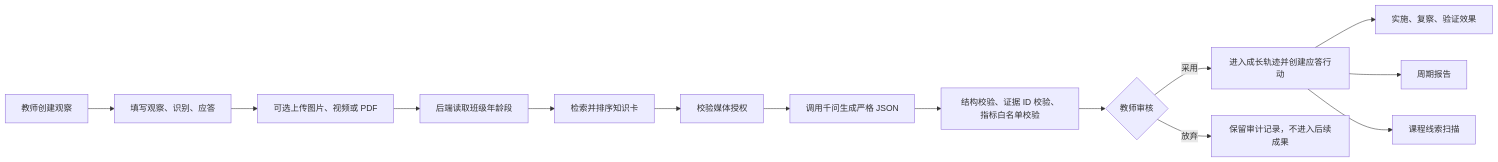
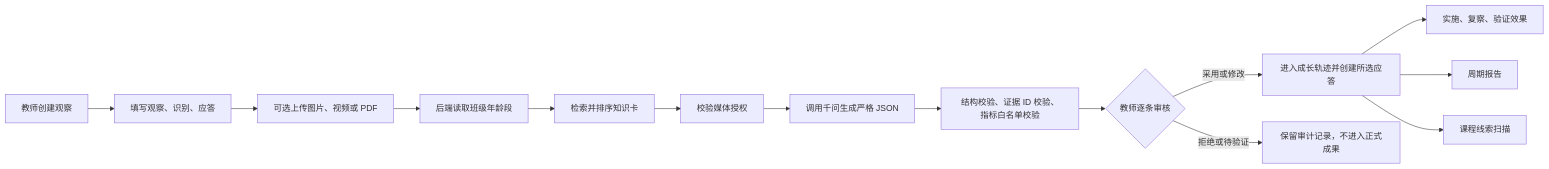
One commit to eatonlove/early-child-growth changed the diagram in docs/ai-input-output-interface-and-requirements-assessment.md. Above: the diagram before and after it, drawn with Mermaid. The commit also changed other lines of this file and 22 other files, not shown here.

````diff
--- a/docs/ai-input-output-interface-and-requirements-assessment.md
+++ b/docs/ai-input-output-interface-and-requirements-assessment.md
@@ -29,16 +28,16 @@
 ```mermaid
 flowchart LR
     A[教师创建观察] --> B[填写观察、识别、应答]
     B --> C[可选上传图片、视频或 PDF]
     C --> D[后端读取班级年龄段]
     D --> E[检索并排序知识卡]
     E --> F[校验媒体授权]
     F --> G[调用千问生成严格 JSON]
     G --> H[结构校验、证据 ID 校验、指标白名单校验]
-    H --> I{教师审核}
-    I -->|采用| J[进入成长轨迹并创建应答行动]
-    I -->|放弃| K[保留审计记录，不进入后续成果]
+    H --> I{教师逐条审核}
+    I -->|采用或修改| J[进入成长轨迹并创建所选应答]
+    I -->|拒绝或待验证| K[保留审计记录，不进入正式成果]
     J --> L[实施、复察、验证效果]
     J --> M[周期报告]
     J --> N[课程线索扫描]
 ```
````
